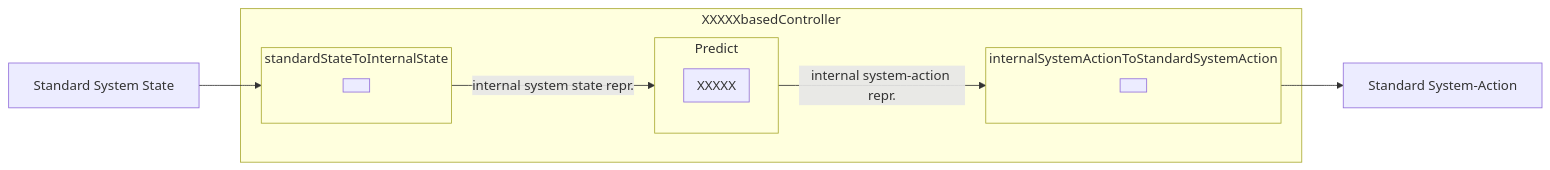
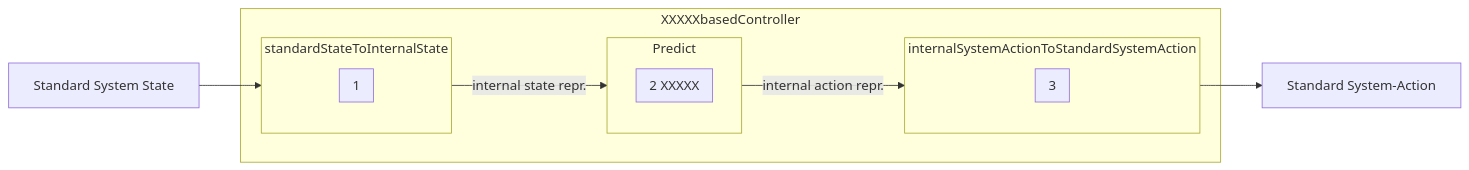
Before and after one commit to TW-Robotics/SAMYControl: the fourth of 4 diagrams in README.md, drawn with Mermaid.

````diff
--- a/README.md
+++ b/README.md
@@ -45,22 +45,22 @@
 ```mermaid
 flowchart LR
   subgraph XXXXXbasedController
 	subgraph standardStateToInternalState
-	    subgraph   
+	    subgraph 1
 	    end
 	end
         subgraph Predict
-            subgraph XXXXX
+            subgraph 2   XXXXX
 	    end
         end
 	subgraph internalSystemActionToStandardSystemAction
-	    subgraph   
+	    subgraph 3
 	    end
         end
   end
   A[Standard System State] --> standardStateToInternalState
-  standardStateToInternalState -- internal system state repr. --> Predict
-  Predict -- internal system-action repr. --> internalSystemActionToStandardSystemAction
+  standardStateToInternalState -- internal state repr. --> Predict
+  Predict -- internal action repr. --> internalSystemActionToStandardSystemAction
   internalSystemActionToStandardSystemAction --> B[Standard System-Action]
 
 ```
````
